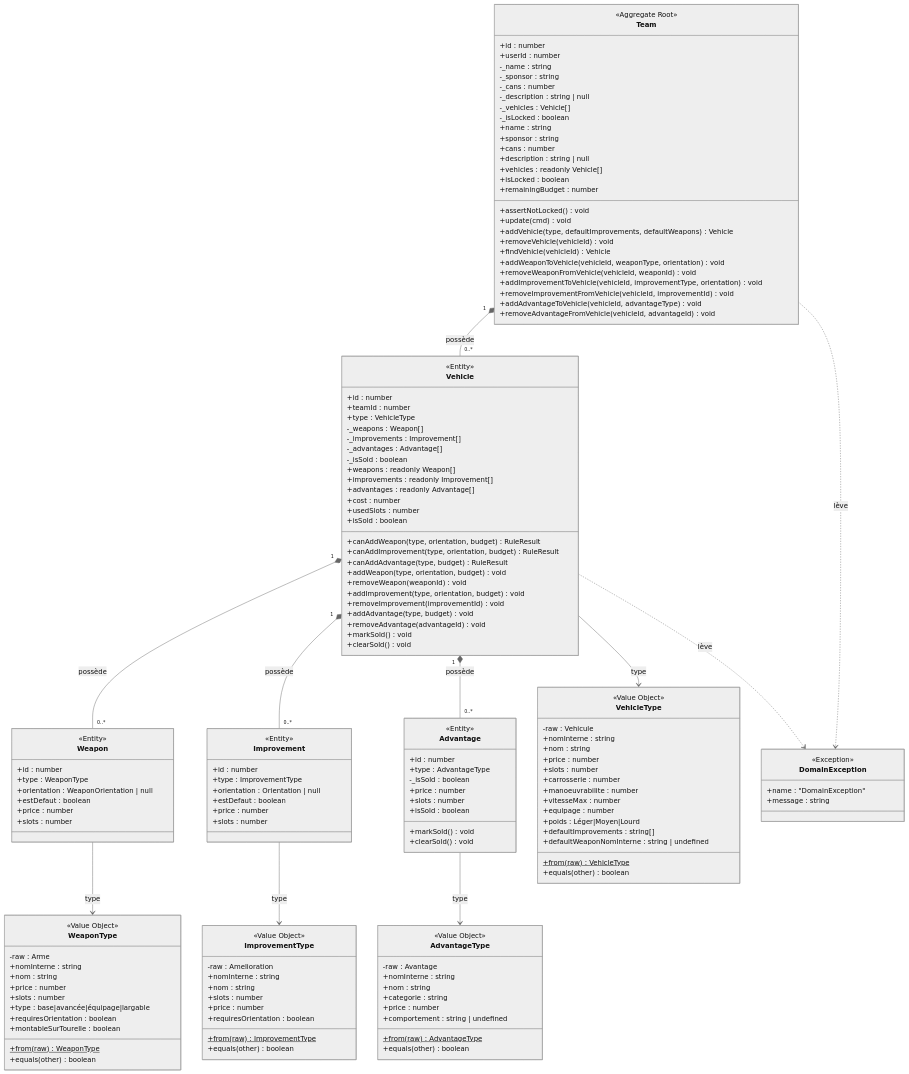
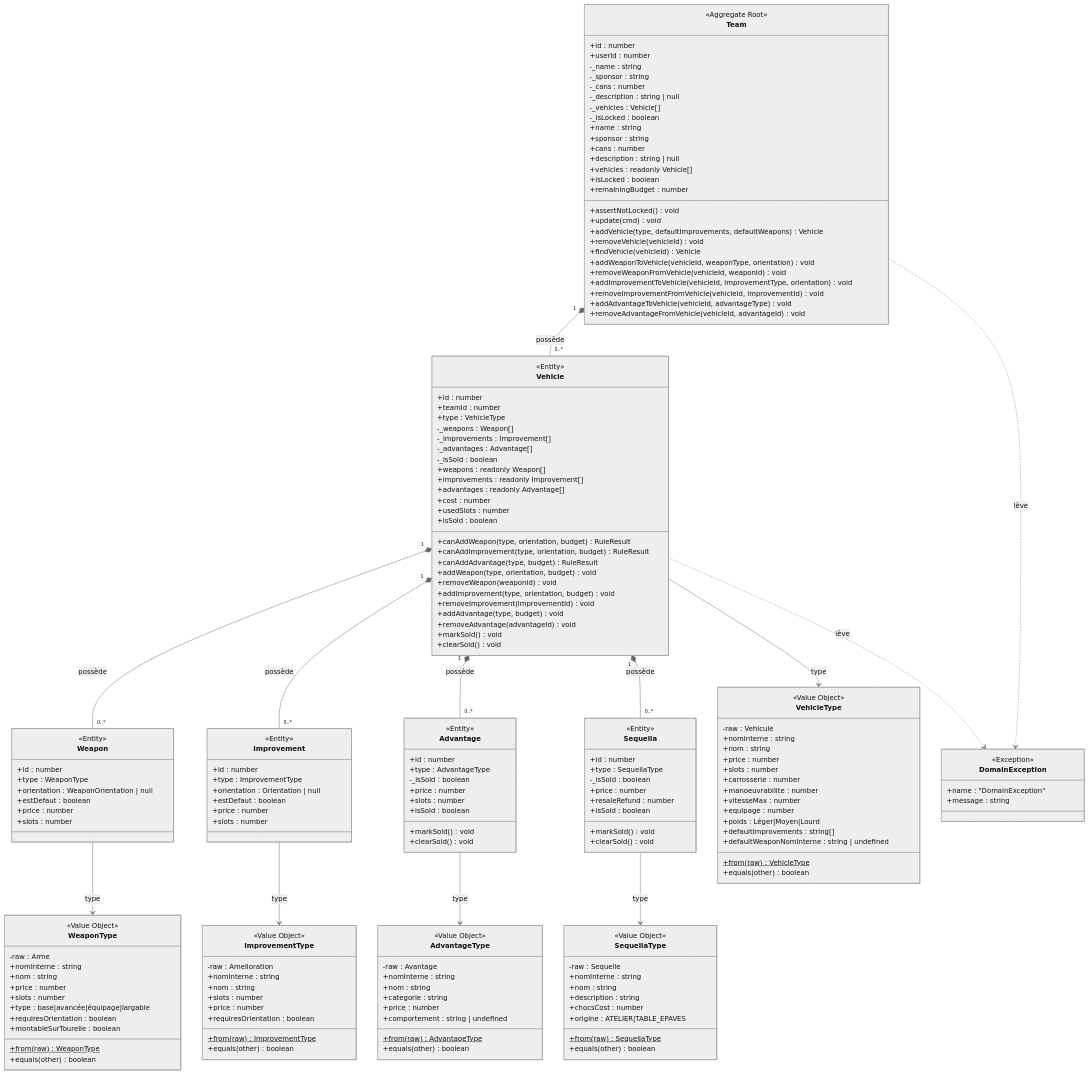
Before and after one commit to arnaudbracchetti/gaslands-manager: the first of 4 diagrams in docs/DOMAIN_MODEL.md, drawn with Mermaid (neutral theme). The commit also changed other lines of this file and 43 other files, not shown here.

````diff
--- a/docs/DOMAIN_MODEL.md
+++ b/docs/DOMAIN_MODEL.md
@@ -108,6 +110,18 @@
         +clearSold() void
     }
 
+    class Sequella {
+        <<Entity>>
+        +id : number
+        +type : SequellaType
+        -_isSold : boolean
+        +price : number
+        +resaleRefund : number
+        +isSold : boolean
+        +markSold() void
+        +clearSold() void
+    }
+
     class VehicleType {
         <<Value Object>>
         -raw : Vehicule
@@ -164,6 +178,18 @@
         +equals(other) boolean
     }
 
+    class SequellaType {
+        <<Value Object>>
+        -raw : Sequelle
+        +nomInterne : string
+        +nom : string
+        +description : string
+        +chocsCost : number
+        +origine : ATELIER|TABLE_EPAVES
+        +from(raw)$ SequellaType
+        +equals(other) boolean
+    }
+
     class DomainException {
         <<Exception>>
         +name : "DomainException"
@@ -174,10 +200,12 @@
     Vehicle "1" *-- "0..*" Weapon : possède
     Vehicle "1" *-- "0..*" Improvement : possède
     Vehicle "1" *-- "0..*" Advantage : possède
+    Vehicle "1" *-- "0..*" Sequella : possède
     Vehicle --> VehicleType : type
     Weapon --> WeaponType : type
     Improvement --> ImprovementType : type
     Advantage --> AdvantageType : type
+    Sequella --> SequellaType : type
     Team ..> DomainException : lève
     Vehicle ..> DomainException : lève
 ```
````
